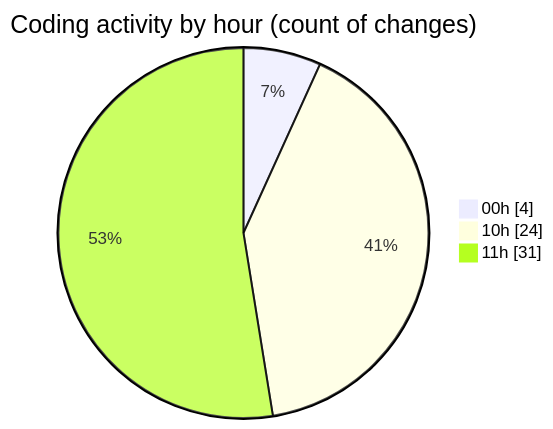
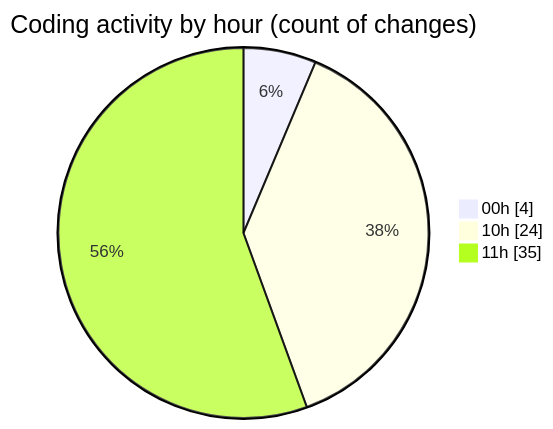
The second of 2 diagrams in 2025-04-04/back-end/README.md (Netris89/code-tracking), drawn with Mermaid before and after one commit. The commit also changed other lines of this file and 1 other file, not shown here.

````diff
--- a/2025-04-04/back-end/README.md
+++ b/2025-04-04/back-end/README.md
@@ -36,7 +37,7 @@
 ```mermaid
 pie showData
 title Coding activity by hour (count of changes)
 "00h" : 4
 "10h" : 24
-"11h" : 31
+"11h" : 35
 ```
````
